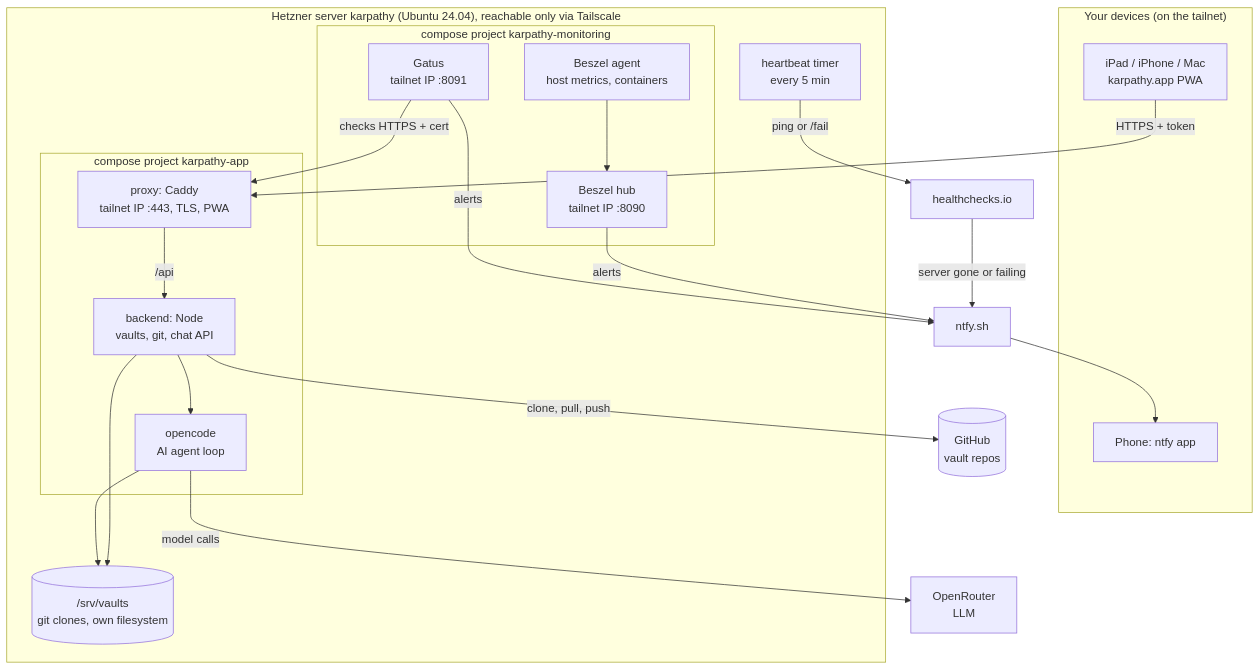
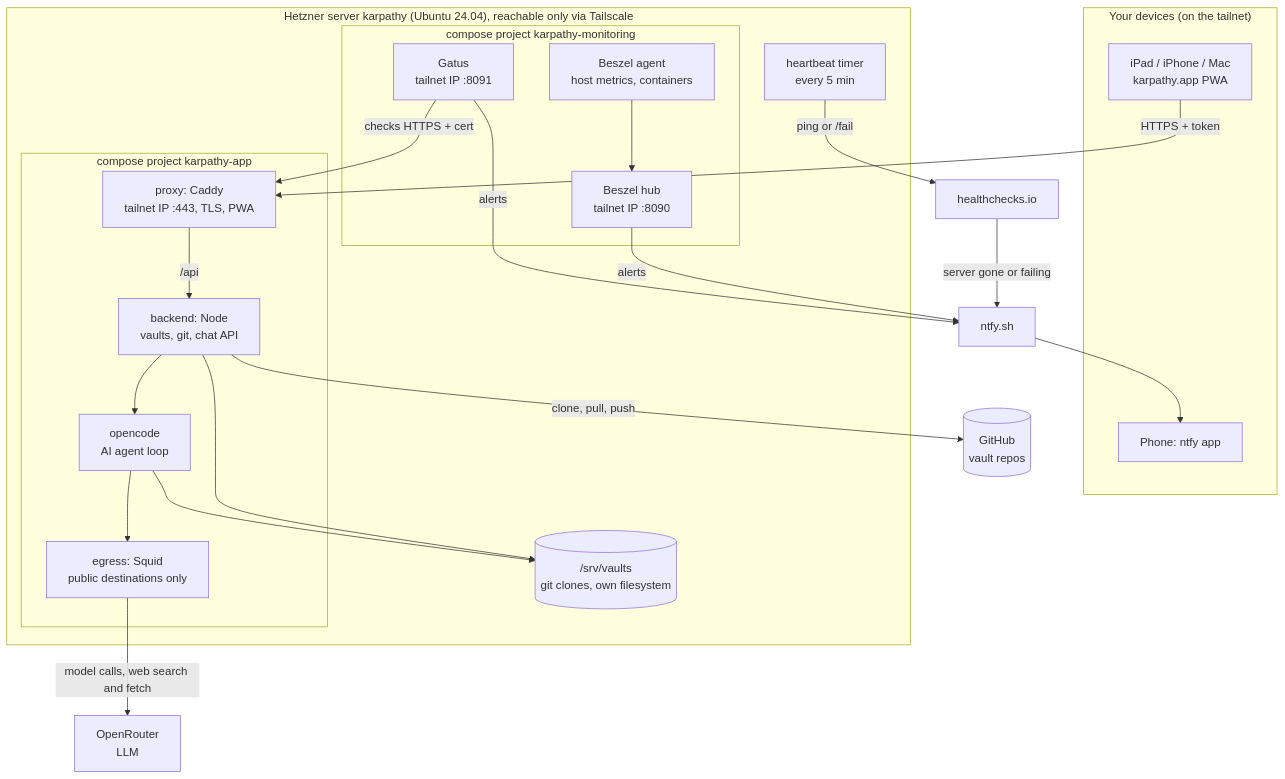
The diagram in deploy/README.md (tillg/karpathy.ai), drawn with Mermaid before and after one commit. The commit also changed other lines of this file and 52 other files, not shown here.

First line of the commit message:
feat(web-search): the AI can search and read the web

````diff
--- a/deploy/README.md
+++ b/deploy/README.md
@@ -9,39 +9,41 @@
 ```mermaid
 flowchart TB
   subgraph Devices["Your devices (on the tailnet)"]
     iPad[iPad / iPhone / Mac<br/>karpathy.app PWA]
     Phone[Phone: ntfy app]
   end
   subgraph Server["Hetzner server karpathy (Ubuntu 24.04), reachable only via Tailscale"]
     subgraph App["compose project karpathy-app"]
       proxy[proxy: Caddy<br/>tailnet IP :443, TLS, PWA]
       backend[backend: Node<br/>vaults, git, chat API]
       opencode[opencode<br/>AI agent loop]
+      egress[egress: Squid<br/>public destinations only]
     end
     subgraph Mon["compose project karpathy-monitoring"]
       hub[Beszel hub<br/>tailnet IP :8090]
       agent[Beszel agent<br/>host metrics, containers]
       gatus[Gatus<br/>tailnet IP :8091]
     end
     vaults[(/srv/vaults<br/>git clones, own filesystem)]
     timer[heartbeat timer<br/>every 5 min]
   end
   GitHub[(GitHub<br/>vault repos)]
   LLM[OpenRouter<br/>LLM]
   HC[healthchecks.io]
   NTFY[ntfy.sh]
   iPad -->|HTTPS + token| proxy
   proxy -->|/api| backend
   backend --> opencode
   backend --> vaults
   opencode --> vaults
   backend -->|clone, pull, push| GitHub
-  opencode -->|model calls| LLM
+  opencode --> egress
+  egress -->|model calls, web search and fetch| LLM
   agent --> hub
   gatus -->|checks HTTPS + cert| proxy
   hub -->|alerts| NTFY
   gatus -->|alerts| NTFY
   timer -->|ping or /fail| HC
   HC -->|server gone or failing| NTFY
   NTFY --> Phone
 ```
````
